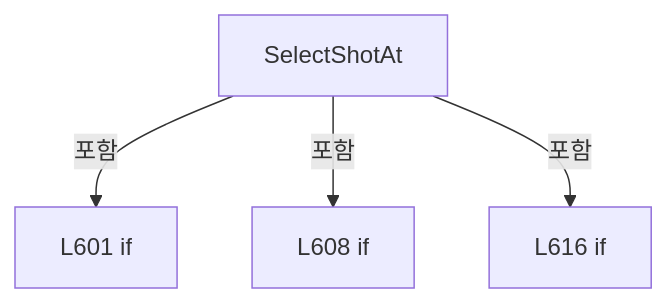
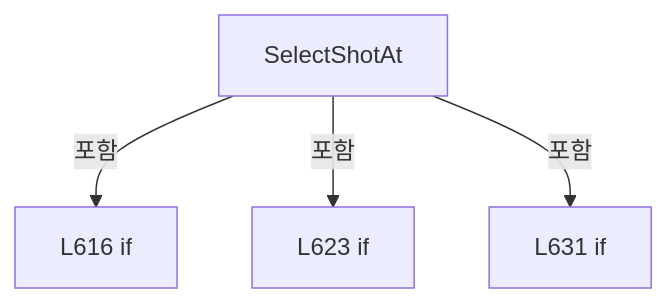
One commit to kjuws10-rgb/Shared changed diagram 14 of 18 in A3 LD Code Ref/files/Drilling.UI/Menu/Menus/CMenuCorrection.ReviewData.Offset.cs.md. Above: the diagram before and after it, drawn with Mermaid. The commit also changed other lines of this file and 2071 other files, not shown here.

Commit message:
docs(a3): update 11.19.0 architecture and code reference

````diff
--- a/A3 LD Code Ref/files/Drilling.UI/Menu/Menus/CMenuCorrection.ReviewData.Offset.cs.md
+++ b/A3 LD Code Ref/files/Drilling.UI/Menu/Menus/CMenuCorrection.ReviewData.Offset.cs.md
@@ -2638,10 +2648,10 @@
 ```mermaid
 flowchart TD
  M["SelectShotAt"]
- N0["L601 if"]
+ N0["L616 if"]
  M -->|포함| N0
- N1["L608 if"]
+ N1["L623 if"]
  M -->|포함| N1
- N2["L616 if"]
+ N2["L631 if"]
  M -->|포함| N2
 ```
````
